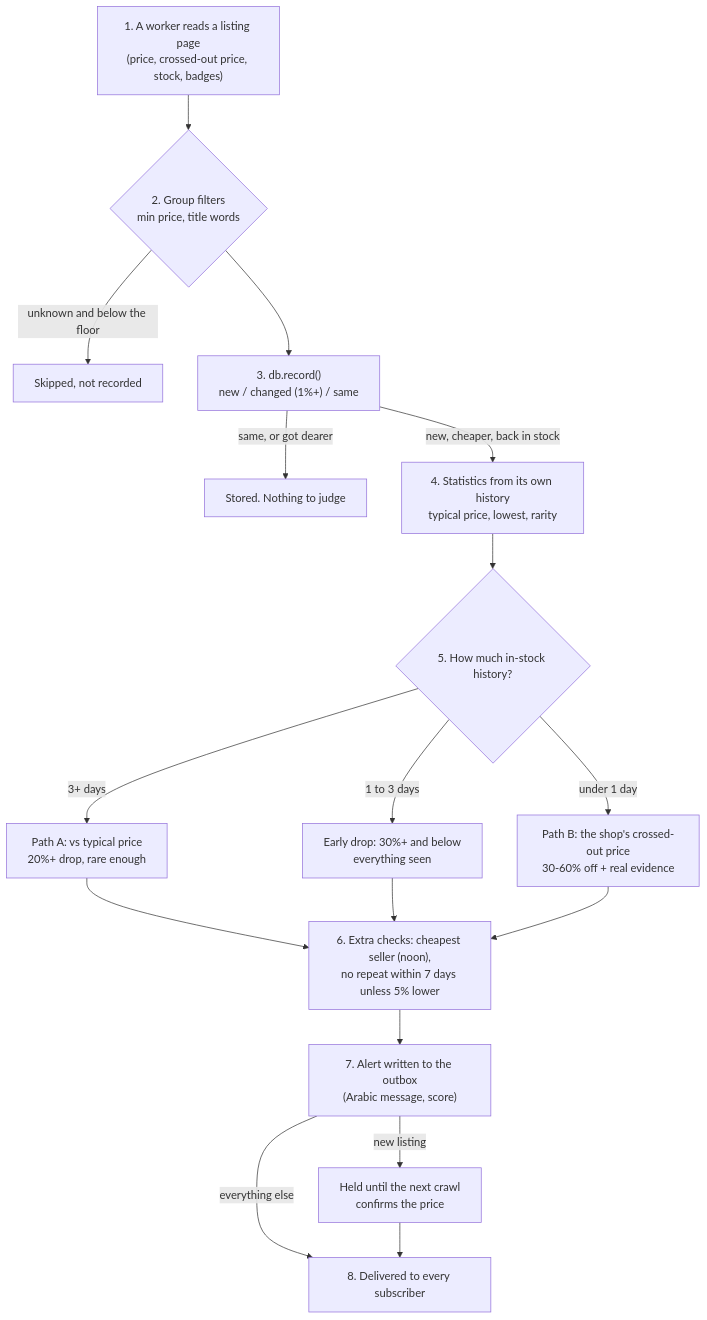
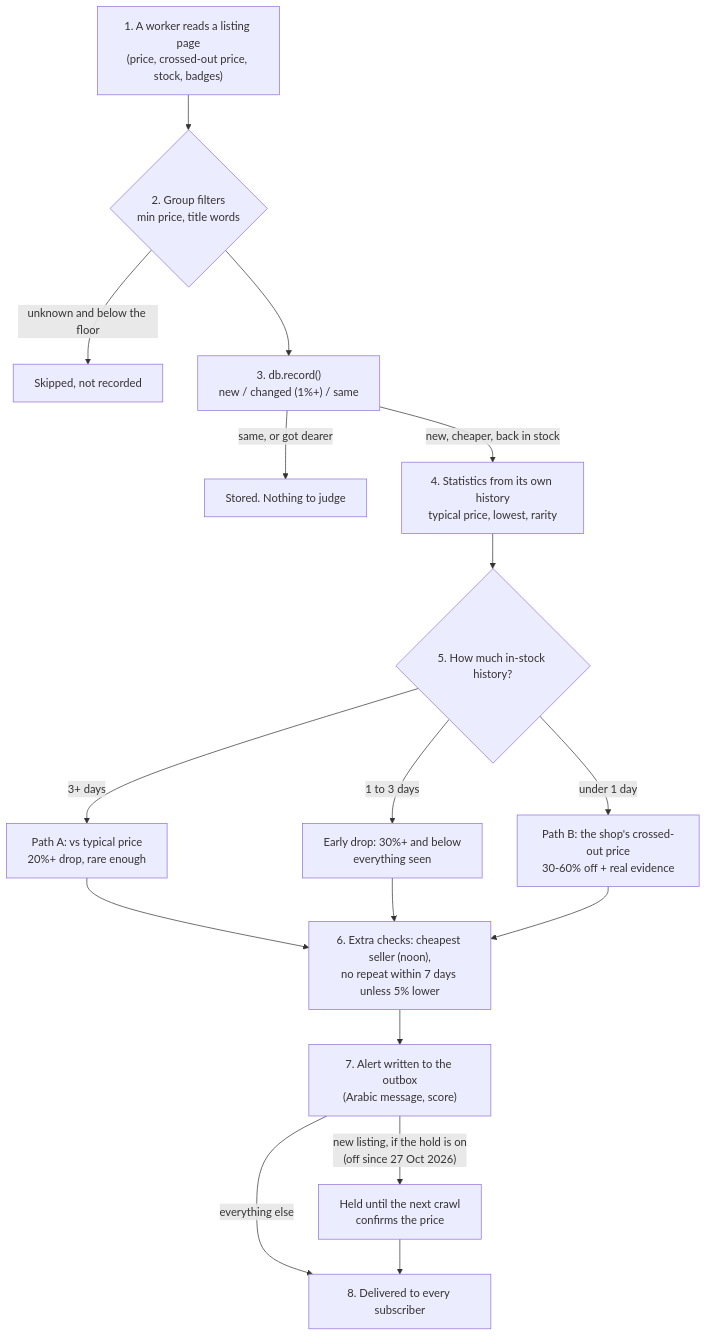
Before and after one commit to mohamed-mahmoud377/e-commerce-discounts-alert: the diagram in docs/PRODUCT_FLOW.md, drawn with Mermaid. The commit also changed other lines of this file and 2 other files, not shown here.

First line of the commit message:
Docs: correct new-listing behaviour and add two known limits

````diff
--- a/docs/PRODUCT_FLOW.md
+++ b/docs/PRODUCT_FLOW.md
@@ -11,19 +11,19 @@
 ```mermaid
 flowchart TB
     see["1. A worker reads a listing page<br/>(price, crossed-out price, stock, badges)"] --> filt{"2. Group filters<br/>min price, title words"}
     filt -- "unknown and below the floor" --> skip["Skipped, not recorded"]
     filt --> rec["3. db.record()<br/>new / changed (1%+) / same"]
     rec -- "same, or got dearer" --> stop1["Stored. Nothing to judge"]
     rec -- "new, cheaper, back in stock" --> stats["4. Statistics from its own history<br/>typical price, lowest, rarity"]
     stats --> path{"5. How much in-stock history?"}
     path -- "3+ days" --> A["Path A: vs typical price<br/>20%+ drop, rare enough"]
     path -- "1 to 3 days" --> E["Early drop: 30%+ and below<br/>everything seen"]
     path -- "under 1 day" --> B["Path B: the shop's crossed-out price<br/>30-60% off + real evidence"]
     A --> checks["6. Extra checks: cheapest seller (noon),<br/>no repeat within 7 days unless 5% lower"]
     E --> checks
     B --> checks
     checks --> write["7. Alert written to the outbox<br/>(Arabic message, score)"]
-    write -- "new listing" --> hold["Held until the next crawl<br/>confirms the price"]
+    write -- "new listing, if the hold is on<br/>(off since 27 Oct 2026)" --> hold["Held until the next crawl<br/>confirms the price"]
     write -- "everything else" --> out["8. Delivered to every subscriber"]
     hold --> out
 ```
````
